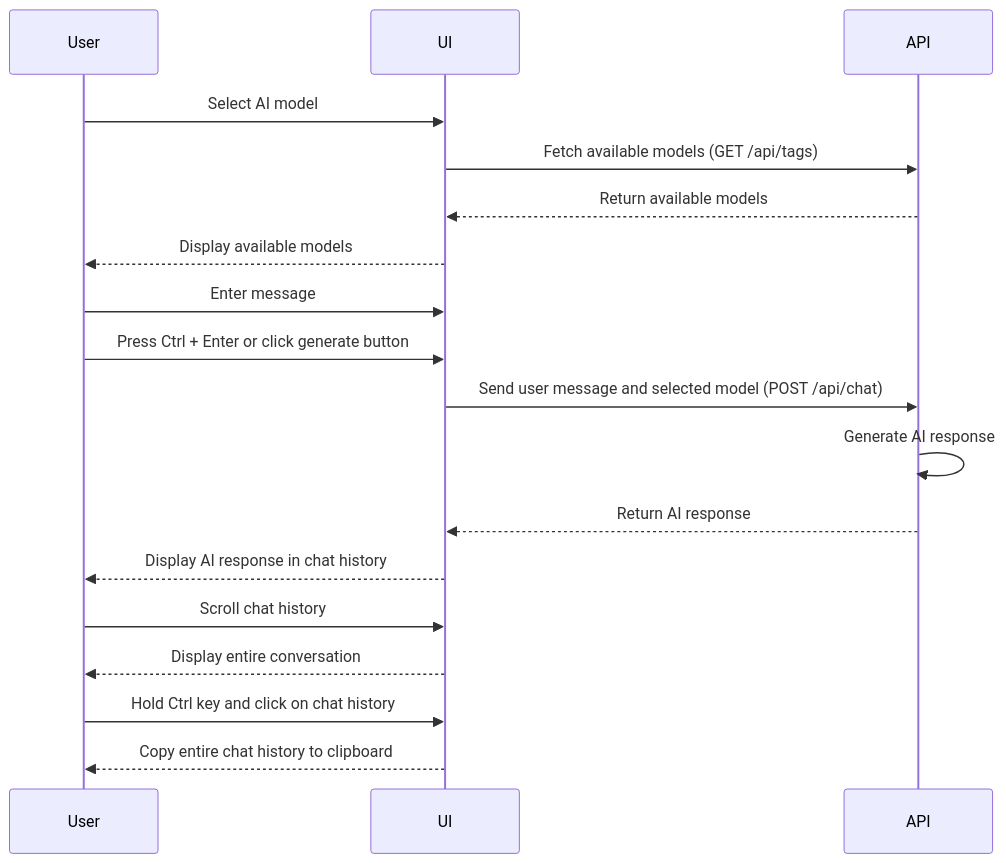
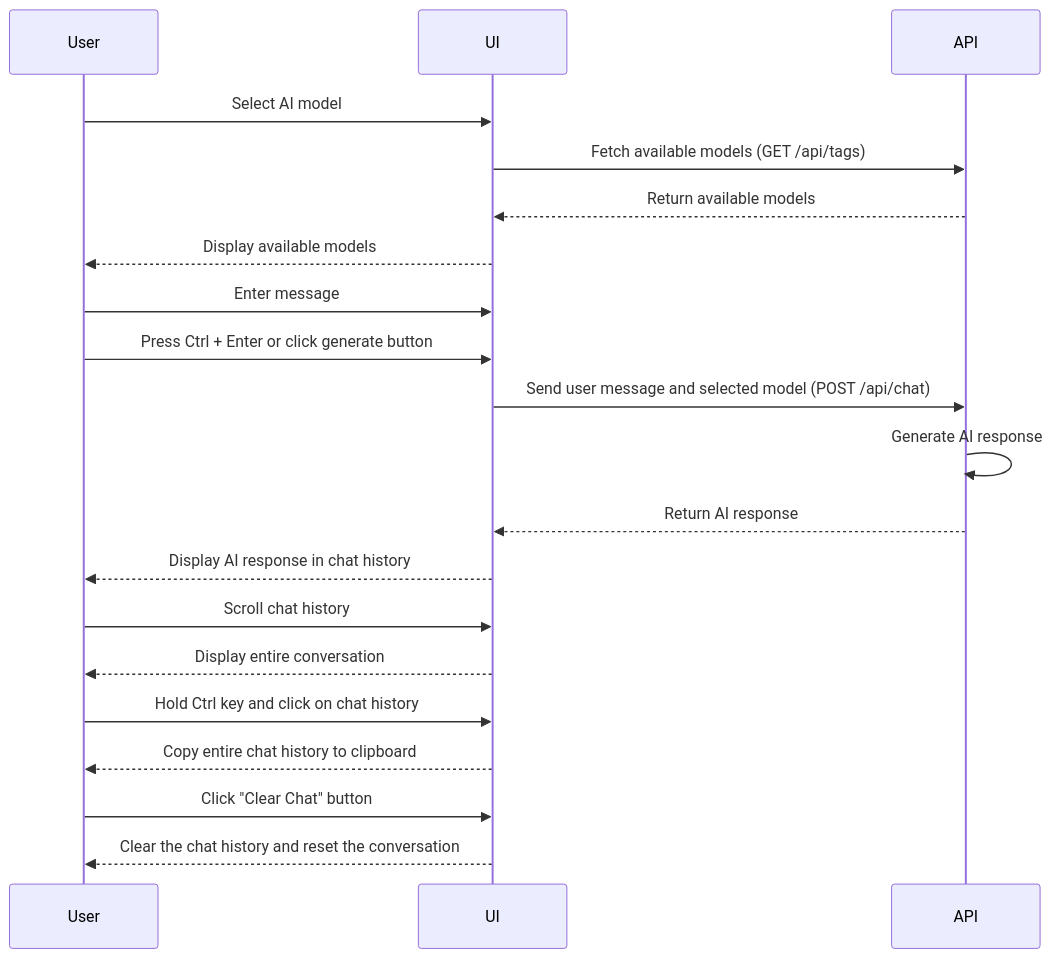
The first of 2 diagrams in user-stories.md (czrpb/chatter), drawn with Mermaid before and after one commit. The commit also changed other lines of this file and 4 other files, not shown here.

````diff
--- a/user-stories.md
+++ b/user-stories.md
@@ -19,24 +20,27 @@
 ```mermaid
 sequenceDiagram
     participant User
     participant UI
     participant API
 
     User->>UI: Select AI model
     UI->>API: Fetch available models (GET /api/tags)
     API-->>UI: Return available models
     UI-->>User: Display available models
 
     User->>UI: Enter message
     User->>UI: Press Ctrl + Enter or click generate button
     UI->>API: Send user message and selected model (POST /api/chat)
     API->>API: Generate AI response
     API-->>UI: Return AI response
     UI-->>User: Display AI response in chat history
 
     User->>UI: Scroll chat history
     UI-->>User: Display entire conversation
 
     User->>UI: Hold Ctrl key and click on chat history
     UI-->>User: Copy entire chat history to clipboard
+
+    User->>UI: Click "Clear Chat" button
+    UI-->>User: Clear the chat history and reset the conversation
 ```
````
